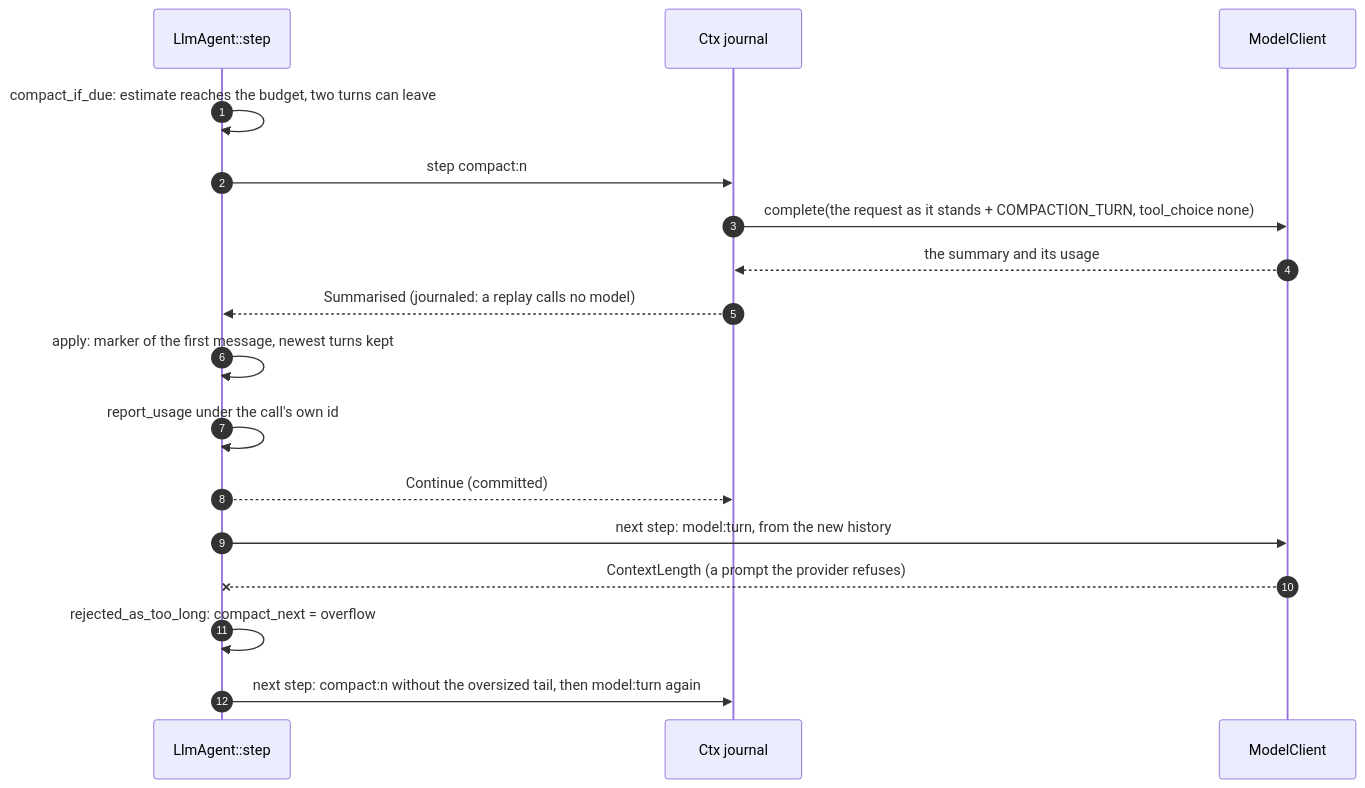
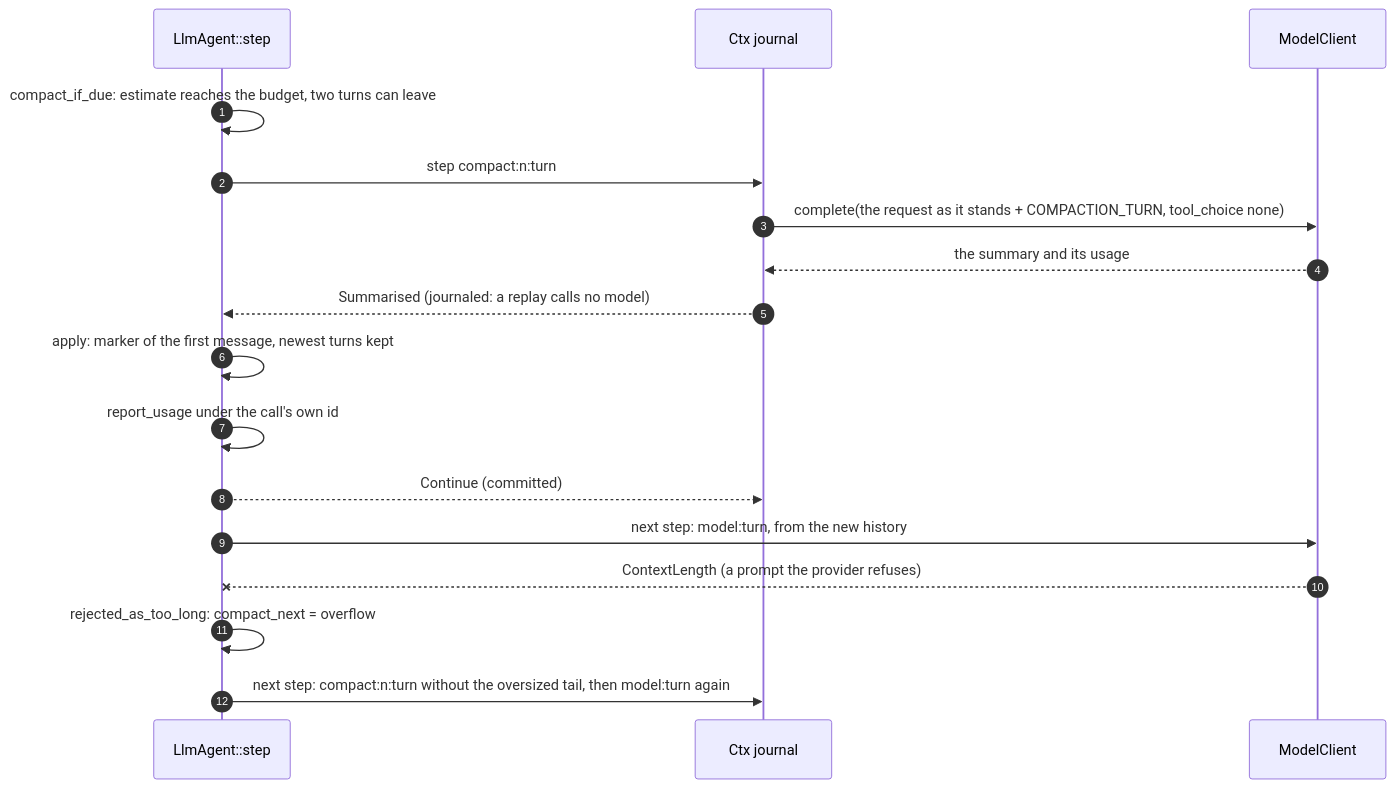
Before and after one commit to vymalo/another-adam-rs: the tenth of 23 diagrams in docs/architecture.md, drawn with Mermaid. The commit also changed other lines of this file and 3 other files, not shown here.

````diff
--- a/docs/architecture.md
+++ b/docs/architecture.md
@@ -666,19 +666,19 @@
 ```mermaid
 sequenceDiagram
     autonumber
     participant S as LlmAgent::step
     participant C as Ctx journal
     participant M as ModelClient
     S->>S: compact_if_due: estimate reaches the budget, two turns can leave
-    S->>C: step compact:n
+    S->>C: step compact:n:turn
     C->>M: complete(the request as it stands + COMPACTION_TURN, tool_choice none)
     M-->>C: the summary and its usage
     C-->>S: Summarised (journaled: a replay calls no model)
     S->>S: apply: marker of the first message, newest turns kept
     S->>S: report_usage under the call's own id
     S-->>C: Continue (committed)
     S->>M: next step: model:turn, from the new history
     M--xS: ContextLength (a prompt the provider refuses)
     S->>S: rejected_as_too_long: compact_next = overflow
-    S->>C: next step: compact:n without the oversized tail, then model:turn again
+    S->>C: next step: compact:n:turn without the oversized tail, then model:turn again
 ```
````
